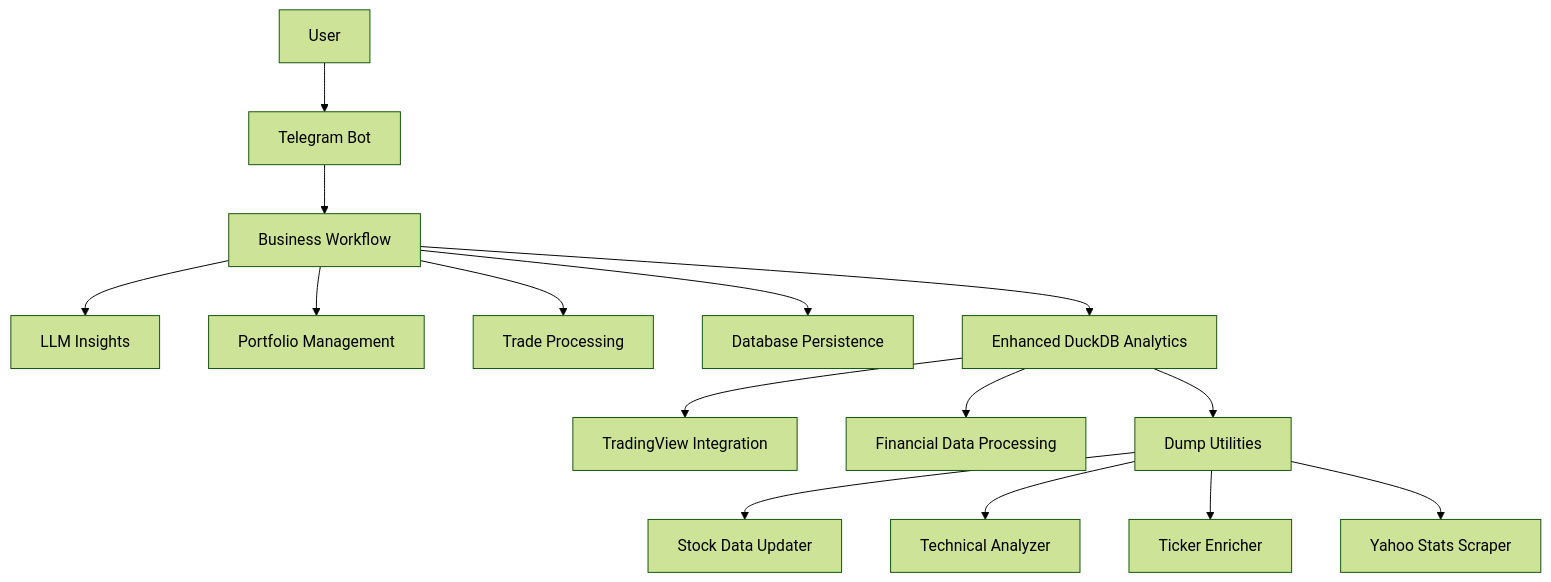
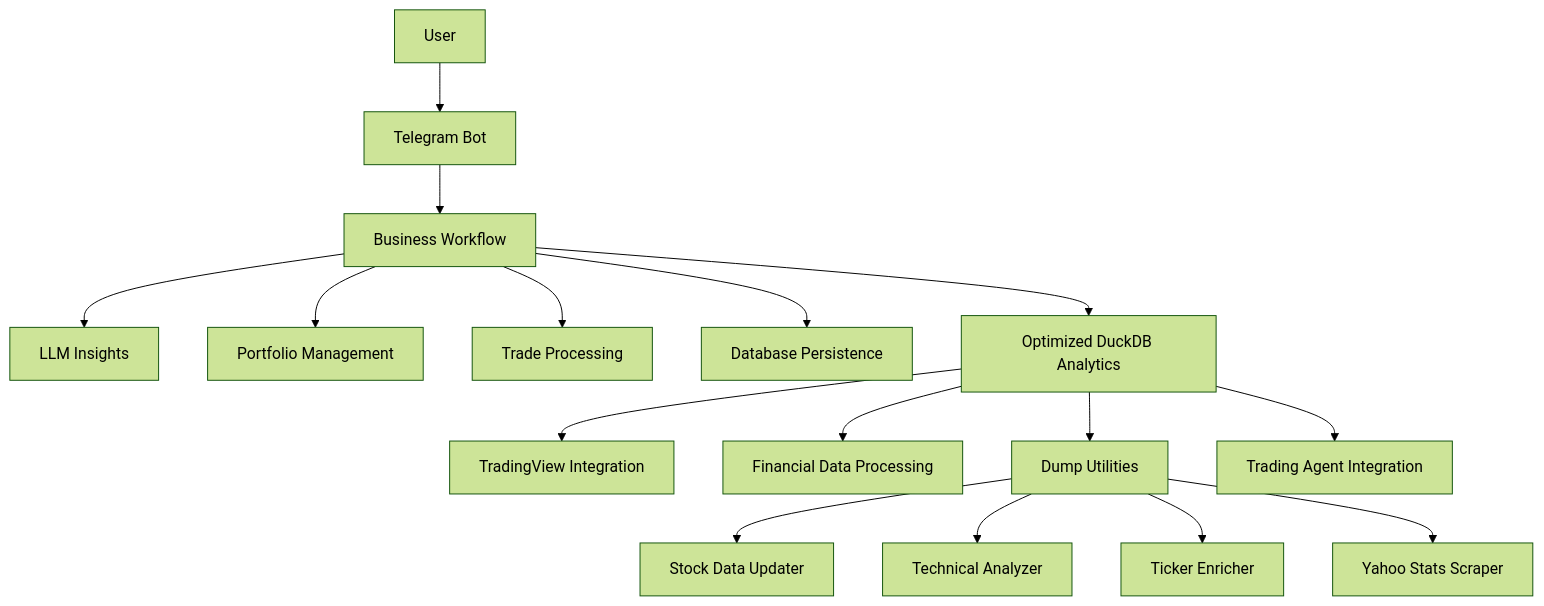
Before and after one commit to ZengSeng/telegram-bot: diagram 11 of 12 in .qoder/repowiki/en/content/Core Components/Analysis Framework.md, drawn with Mermaid (forest theme). The commit also changed other lines of this file and 7 other files, not shown here.

````diff
--- a/.qoder/repowiki/en/content/Core Components/Analysis Framework.md
+++ b/.qoder/repowiki/en/content/Core Components/Analysis Framework.md
@@ -538,17 +525,18 @@
 ```mermaid
 graph TB
 User["User"] --> Telegram["Telegram Bot"]
 Telegram --> Workflow["Business Workflow"]
 Workflow --> AI["LLM Insights"]
 Workflow --> Portfolio["Portfolio Management"]
 Workflow --> Trades["Trade Processing"]
 Workflow --> Storage["Database Persistence"]
-Workflow --> EnhancedAnalytics["Enhanced DuckDB Analytics"]
-EnhancedAnalytics --> TradingView["TradingView Integration"]
-EnhancedAnalytics --> FinancialData["Financial Data Processing"]
-EnhancedAnalytics --> DumpUtilities["Dump Utilities"]
+Workflow --> OptimizedAnalytics["Optimized DuckDB Analytics"]
+OptimizedAnalytics --> TradingView["TradingView Integration"]
+OptimizedAnalytics --> FinancialData["Financial Data Processing"]
+OptimizedAnalytics --> DumpUtilities["Dump Utilities"]
+OptimizedAnalytics --> TradingAgent["Trading Agent Integration"]
 DumpUtilities --> StockDataUpdater["Stock Data Updater"]
 DumpUtilities --> TechnicalAnalyzer["Technical Analyzer"]
 DumpUtilities --> TickerEnricher["Ticker Enricher"]
 DumpUtilities --> YahooScraper["Yahoo Stats Scraper"]
 ```
````
